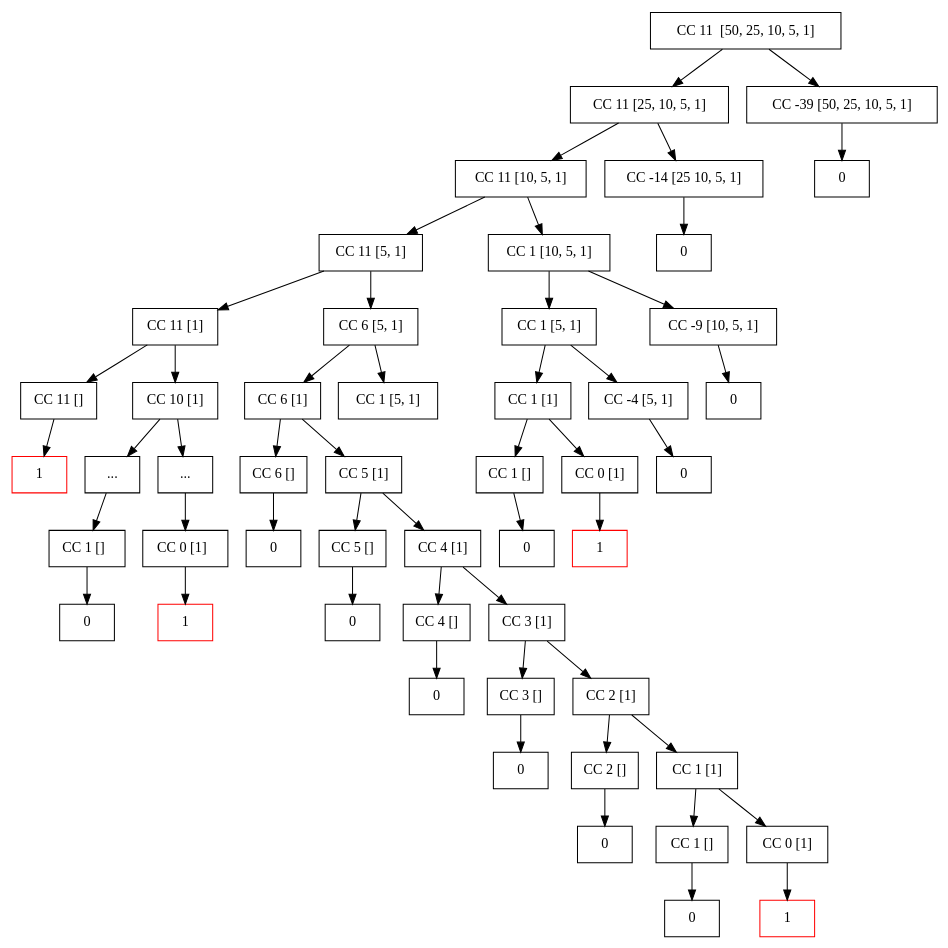
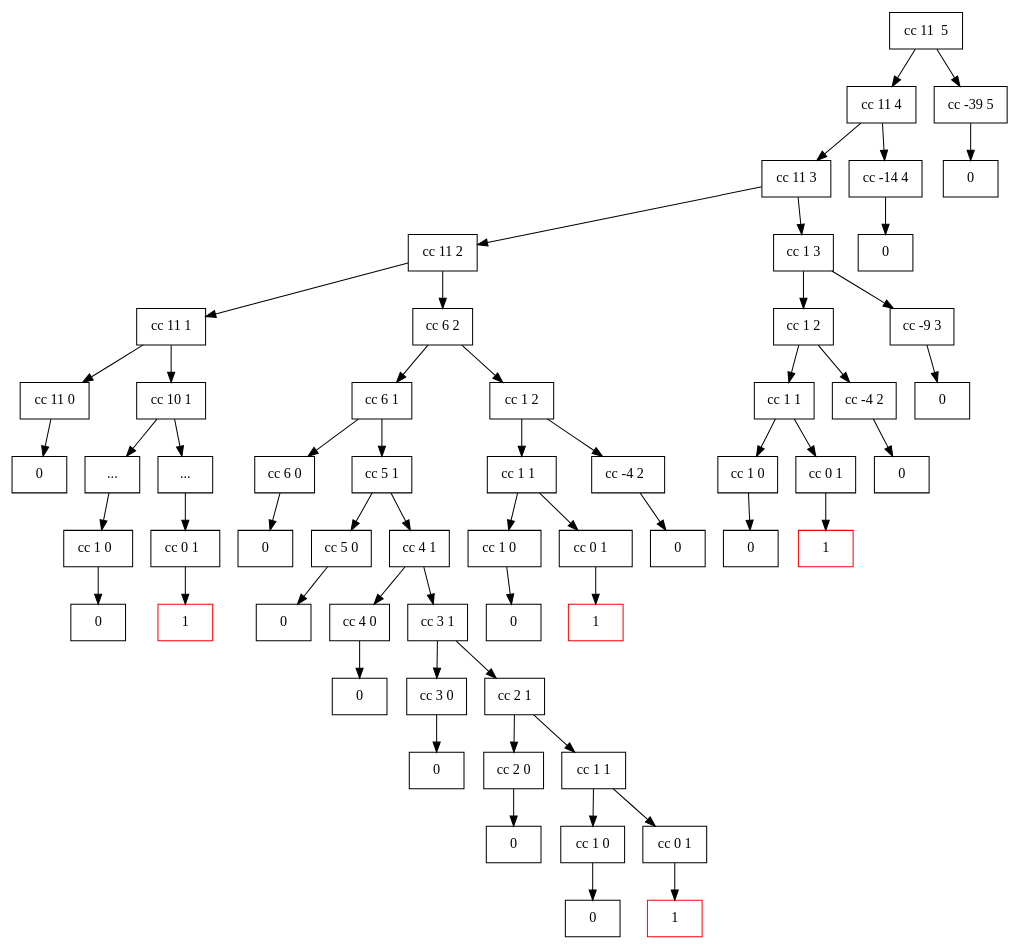
Before and after one commit to OlaoluwaM/sicp-exercises: the diagram in src/ch1/ex1.14/graph.dot, drawn with Graphviz. The commit also changed 1 other file, not shown here.

Commit message:
chore: update graph for ex 1.14

```diff
--- a/src/ch1/ex1.14/graph.dot
+++ b/src/ch1/ex1.14/graph.dot
@@ -1,72 +1,80 @@
 // Translate to mimic the scheme version
 // We can use subgraphs for having multiple diagrams in a single dot file: https://stackoverflow.com/questions/63869676/multiple-graphs-inside-graphviz-dot-file
 digraph "count-change" {
   node [shape = record;];
   
   // CC stands for coutingChange
-  "CC 11  [50, 25, 10, 5, 1]" -> "CC 11 [25, 10, 5, 1]";
+  "cc 11  5" -> "cc 11 4";
   "0_1" [label = "0";];
-  "CC 11  [50, 25, 10, 5, 1]" -> "CC -39 [50, 25, 10, 5, 1]" -> "0_1";
+  "cc 11  5" -> "cc -39 5" -> "0_1";
   
-  "CC 11 [25, 10, 5, 1]" -> "CC 11 [10, 5, 1]";
+  "cc 11 4" -> "cc 11 3";
   "0_2" [label = "0";];
-  "CC 11 [25, 10, 5, 1]" -> "CC -14 [25 10, 5, 1]" -> "0_2";
+  "cc 11 4" -> "cc -14 4" -> "0_2";
   
-  "CC 11 [10, 5, 1]" -> "CC 11 [5, 1]";
-  "CC 11 [10, 5, 1]" -> "CC 1 [10, 5, 1]";
+  "cc 11 3" -> "cc 11 2";
+  "cc 11 3" -> "cc 1 3";
   
-  "CC 1 [10, 5, 1]" -> "CC 1 [5, 1]";
+  "cc 1 3" -> "cc 1 2";
   "0_3" [label = "0";];
-  "CC 1 [10, 5, 1]" -> "CC -9 [10, 5, 1]" -> "0_3";
+  "cc 1 3" -> "cc -9 3" -> "0_3";
   
-  "CC 1 [5, 1]" -> "CC 1 [1]";
+  "cc 1 2" -> "cc 1 1";
   "0_4" [label = "0";];
-  "CC 1 [5, 1]" -> "CC -4 [5, 1]" -> "0_4";
+  "cc 1 2" -> "cc -4 2" -> "0_4";
   
   "0_5" [label = "0";];
-  "CC 1 [1]" -> "CC 1 []" -> "0_5";
+  "cc 1 1" -> "cc 1 0" -> "0_5";
   "1_1" [label = "1";color = red;];
-  "CC 1 [1]" -> "CC 0 [1]" -> "1_1";
+  "cc 1 1" -> "cc 0 1" -> "1_1";
   
-  "CC 11 [5, 1]" -> "CC 11 [1]";
-  "CC 11 [5, 1]" -> "CC 6 [5, 1]";
+  "cc 11 2" -> "cc 11 1";
+  "cc 11 2" -> "cc 6 2";
   
+  "cc 11 1" -> "cc 11 0" -> "0 ";
+  "cc 11 1" -> "cc 10 1";
+  
+  "cc 6 2" -> "cc 6 1";
+  "cc 6 2" -> "cc 1 2 ";
+  
+  "cc 1 2 " -> "cc 1 1  ";
+  "0_inner" [label = "0";];
+  "cc 1 2 " -> "cc -4 2  " -> "0_inner";
+  
+  "0_inner_inner" [label = "0";];
+  "cc 1 1  " -> "cc 1 0   " -> "0_inner_inner";
   "1_2" [label = "1";color = red;];
-  "CC 11 [1]" -> "CC 11 []" -> "1_2";
-  "CC 11 [1]" -> "CC 10 [1]";
-  
-  "CC 6 [5, 1]" -> "CC 6 [1]";
-  "CC 6 [5, 1]" -> "CC 1 [5, 1] ";
+  "cc 1 1  " -> "cc 0 1   " -> "1_2";
   
   "0_6" [label = "0";];
-  "CC 6 [1]" -> "CC 6 []" -> "0_6";
-  "CC 6 [1]" -> "CC 5 [1]";
+  "cc 6 1" -> "cc 6 0" -> "0_6";
+  "cc 6 1" -> "cc 5 1";
   
   "0_7" [label = "0";];
-  "CC 5 [1]" -> "CC 5 []" -> "0_7";
-  "CC 5 [1]" -> "CC 4 [1]";
+  "cc 5 1" -> "cc 5 0" -> "0_7";
+  "cc 5 1" -> "cc 4 1";
   
   "0_8" [label = "0";];
-  "CC 4 [1]" -> "CC 4 []" -> "0_8";
-  "CC 4 [1]" -> "CC 3 [1]";
+  "cc 4 1" -> "cc 4 0" -> "0_8";
+  "cc 4 1" -> "cc 3 1";
   
   "0_9" [label = "0";];
-  "CC 3 [1]" -> "CC 3 []" -> "0_9";
-  "CC 3 [1]" -> "CC 2 [1]";
+  "cc 3 1" -> "cc 3 0" -> "0_9";
+  "cc 3 1" -> "cc 2 1";
   
   "0_10" [label = "0";];
-  "CC 2 [1]" -> "CC 2 []" -> "0_10";
-  "CC 2 [1]" -> "CC 1 [1] ";
+  "cc 2 1" -> "cc 2 0" -> "0_10";
+  "cc 2 1" -> "cc 1 1 ";
   
   "0_11" [label = "0";];
-  "CC 1 [1] " -> "CC 1 [] " -> "0_11";
+  "cc 1 1 " -> "cc 1 0 " -> "0_11";
   "1_3" [label = "1";color = red;];
-  "CC 1 [1] " -> "CC 0 [1] " -> "1_3";
+  "cc 1 1 " -> "cc 0 1 " -> "1_3";
   
   "0_12" [label = "0";];
   // Abridged here because the subgraph for "CC 10 [1]" will follow the same
   // structure as that of "CC 6 [1]". It'll just be longer
-  "CC 10 [1]" -> "..." -> "CC 1 []  " -> "0_12";
+  "cc 10 1" -> "..." -> "cc 1 0  " -> "0_12";
   "1_4" [label = "1";color = red;];
-  "CC 10 [1]" -> "... " -> "CC 0 [1]  " -> "1_4";
+  "cc 10 1" -> "... " -> "cc 0 1  " -> "1_4";
 }
```
